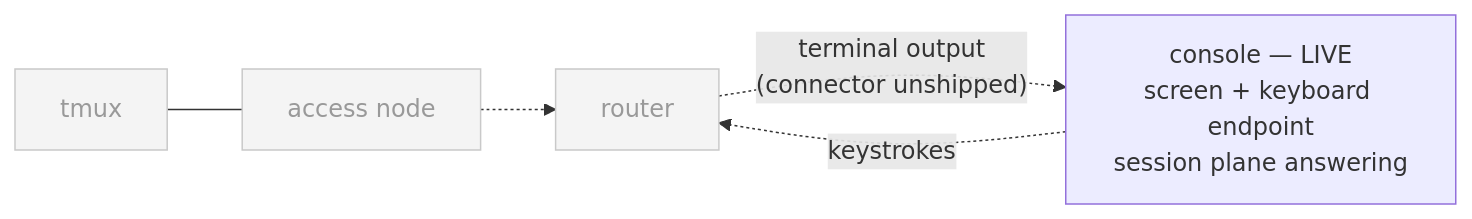
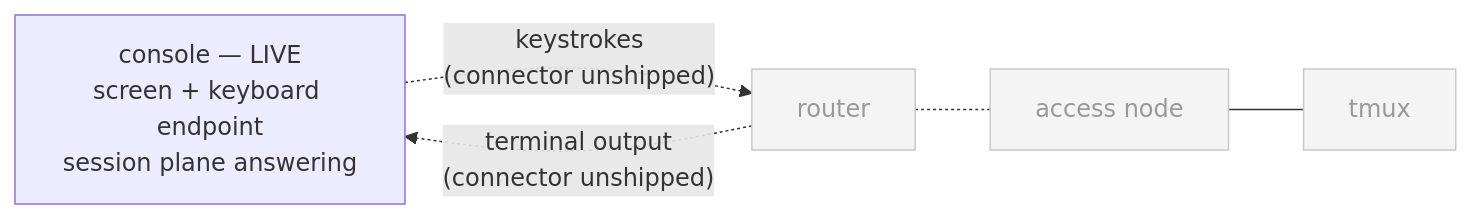
The first of 3 diagrams in examples/04-console-surface/README.md (ArcavenAE/switchboard-blue), drawn with Mermaid before and after one commit. The commit also changed 8 other files, not shown here.

First line of the commit message:
docs(diagrams): orient flows initiator-left — keystrokes lead, output returns

````diff
--- a/examples/04-console-surface/README.md
+++ b/examples/04-console-surface/README.md
@@ -17,9 +17,10 @@
 ```mermaid
 graph LR
-    TM["tmux"] --- AN["access node"]
-    AN -.-> R["router"]
-    R -. "terminal output<br/>(connector unshipped)" .-> CN["console — LIVE<br/>screen + keyboard endpoint<br/>session plane answering"]
-    CN -. "keystrokes" .-> R
+    CN["console — LIVE<br/>screen + keyboard endpoint<br/>session plane answering"]
+    CN -. "keystrokes<br/>(connector unshipped)" .-> R["router"]
+    R -. "terminal output<br/>(connector unshipped)" .-> CN
+    R -.- AN["access node"]
+    AN --- TM["tmux"]
     classDef dim fill:#f4f4f4,stroke:#c9c9c9,color:#999999
     class TM,AN,R dim
 ```
````
